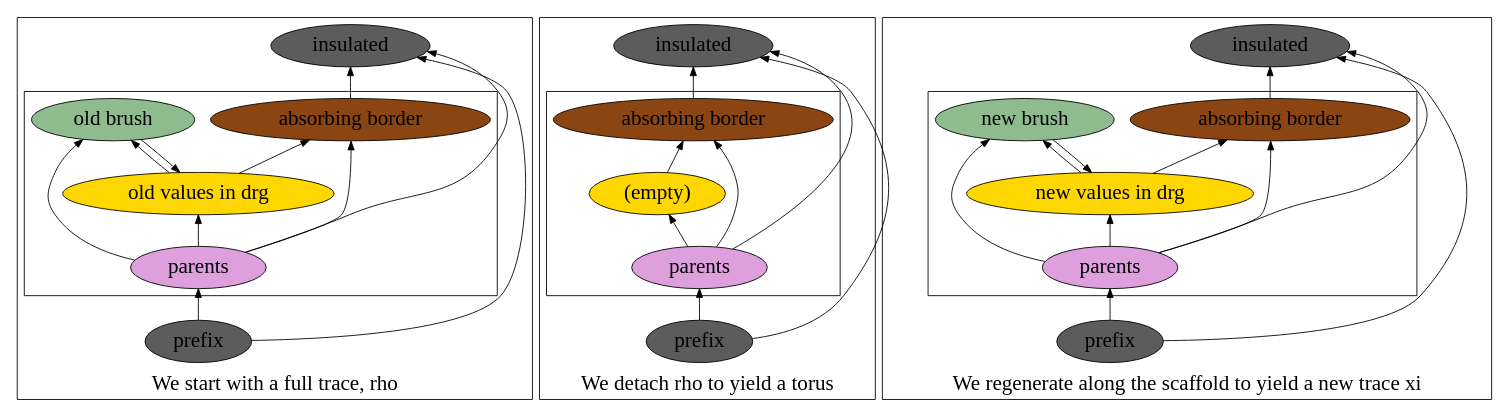
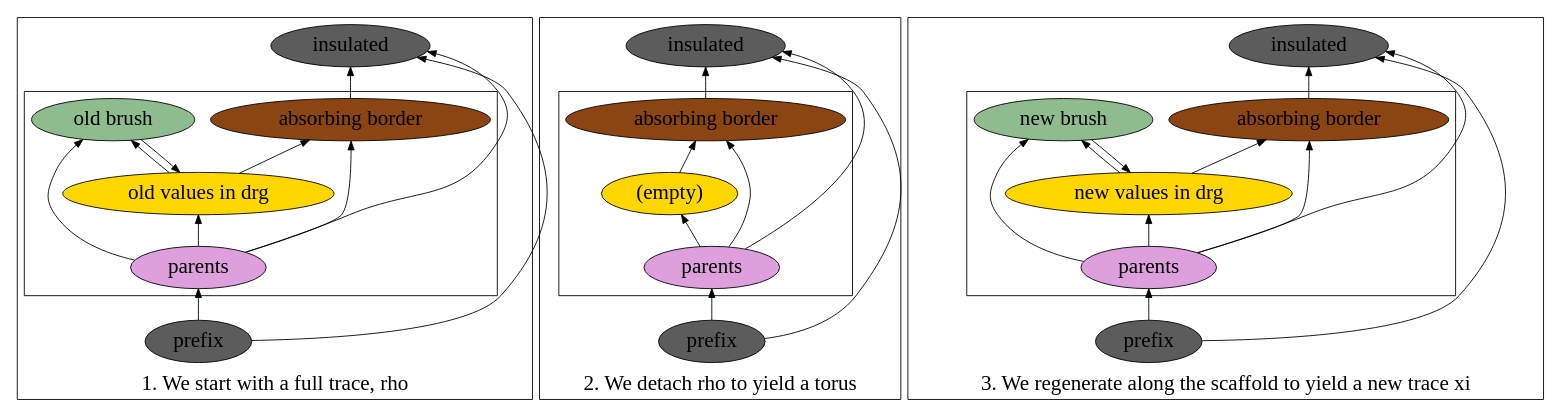
Before and after one commit to probcomp/Venturecxx: the diagram in backend/cxx/graphs/mh/all.dot, drawn with Graphviz. The commit also changed 1 other file, not shown here.

```diff
--- a/backend/cxx/graphs/mh/all.dot
+++ b/backend/cxx/graphs/mh/all.dot
@@ -1,95 +1,95 @@
 digraph {
 rankdir=BT
 fontsize=24
 compound=true
 
 subgraph clusterRHO {
 
-label = "We start with a full trace, rho"
+label = "1. We start with a full trace, rho"
 
 rho_nd ["fillcolor"="grey36" "fontsize"="24" "label"="prefix" "style"="filled"]
 
 subgraph clusterRHO1 {
 label=""
 rho_parents ["fillcolor"="plum" "fontsize"="24" "label"="parents" "style"="filled"]
 rho_drg ["fillcolor"="gold" "fontsize"="24" "label"="old values in drg" "style"="filled"]
 rho_brush ["fillcolor"="darkseagreen" "fontsize"="24" "label"="old brush" "style"="filled"]
 rho_absorbing ["fillcolor"="saddlebrown" "fontsize"="24" "label"="absorbing border" "style"="filled"]
 
 }
 
 rho_insulated ["fillcolor"="grey36" "fontsize"="24" "label"="insulated" "style"="filled"]
 
 rho_nd -> rho_parents
 rho_parents -> rho_drg
 rho_parents -> rho_brush
 rho_parents -> rho_absorbing
 rho_drg -> rho_brush
 rho_brush -> rho_drg
 rho_drg -> rho_absorbing
 rho_absorbing -> rho_insulated
 rho_nd -> rho_insulated [constraint=false]
 rho_parents -> rho_insulated [constraint=false]
 
 }
 
 subgraph clusterTORUS {
-label="We detach rho to yield a torus"
+label="2. We detach rho to yield a torus"
 nd ["fillcolor"="grey36" "fontsize"="24" "label"="prefix" "style"="filled"]
 
 subgraph clusterTORUS1 {
 label=""
 parents ["fillcolor"="plum" "fontsize"="24" "label"="parents" "style"="filled"]
 drg ["fillcolor"="gold" "fontsize"="24" "label"="(empty)" "style"="filled"]
 absorbing ["fillcolor"="saddlebrown" "fontsize"="24" "label"="absorbing border" "style"="filled"]
 
 }
 
 insulated ["fillcolor"="grey36" "fontsize"="24" "label"="insulated" "style"="filled"]
 
 nd -> parents
 parents -> drg
 parents -> absorbing
 drg -> absorbing
 absorbing -> insulated
 nd -> insulated [constraint=false]
 parents -> insulated [constraint=false]
 
 }
 
 
 subgraph clusterXI {
 
-label = "We regenerate along the scaffold to yield a new trace xi"
+label = "3. We regenerate along the scaffold to yield a new trace xi"
 
 xi_nd ["fillcolor"="grey36" "fontsize"="24" "label"="prefix" "style"="filled"]
 
 subgraph clusterXI1 {
 label=""
 xi_parents ["fillcolor"="plum" "fontsize"="24" "label"="parents" "style"="filled"]
 xi_drg ["fillcolor"="gold" "fontsize"="24" "label"="new values in drg" "style"="filled"]
 xi_brush ["fillcolor"="darkseagreen" "fontsize"="24" "label"="new brush" "style"="filled"]
 xi_absorbing ["fillcolor"="saddlebrown" "fontsize"="24" "label"="absorbing border" "style"="filled"]
 
 }
 
 xi_insulated ["fillcolor"="grey36" "fontsize"="24" "label"="insulated" "style"="filled"]
 
 xi_nd -> xi_parents
 xi_parents -> xi_drg
 xi_parents -> xi_brush
 xi_parents -> xi_absorbing
 xi_drg -> xi_brush
 xi_brush -> xi_drg
 xi_drg -> xi_absorbing
 xi_absorbing -> xi_insulated
 xi_nd -> xi_insulated [constraint=false]
 xi_parents -> xi_insulated [constraint=false]
 
 }
 
 
 //rho_drg -> drg [ltail=clusterRHO,lhead=clusterTORUS,label = "detach rho" fontsize="24" constraint=false];
 //drg -> xi_drg [ltail=clusterTORUS,lhead=clusterXI,label = "regen xi" fontsize="24" constrain=false];
 
 }
```
